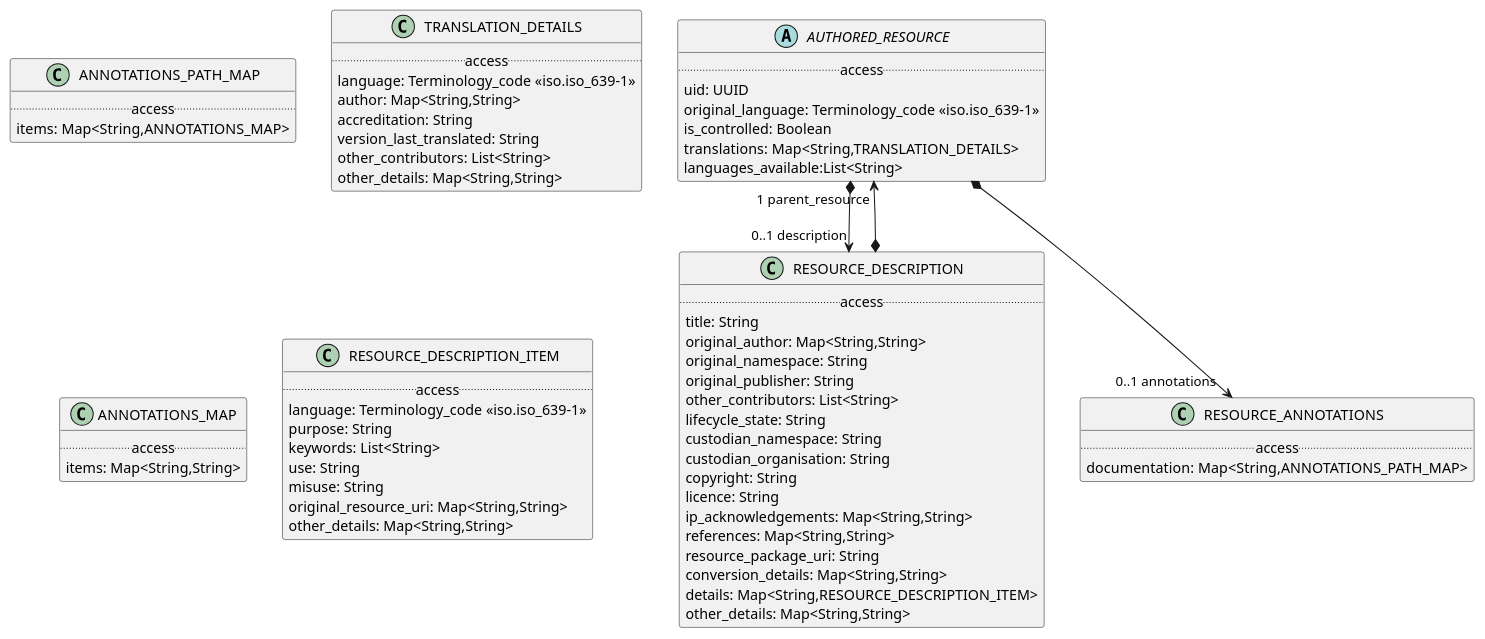
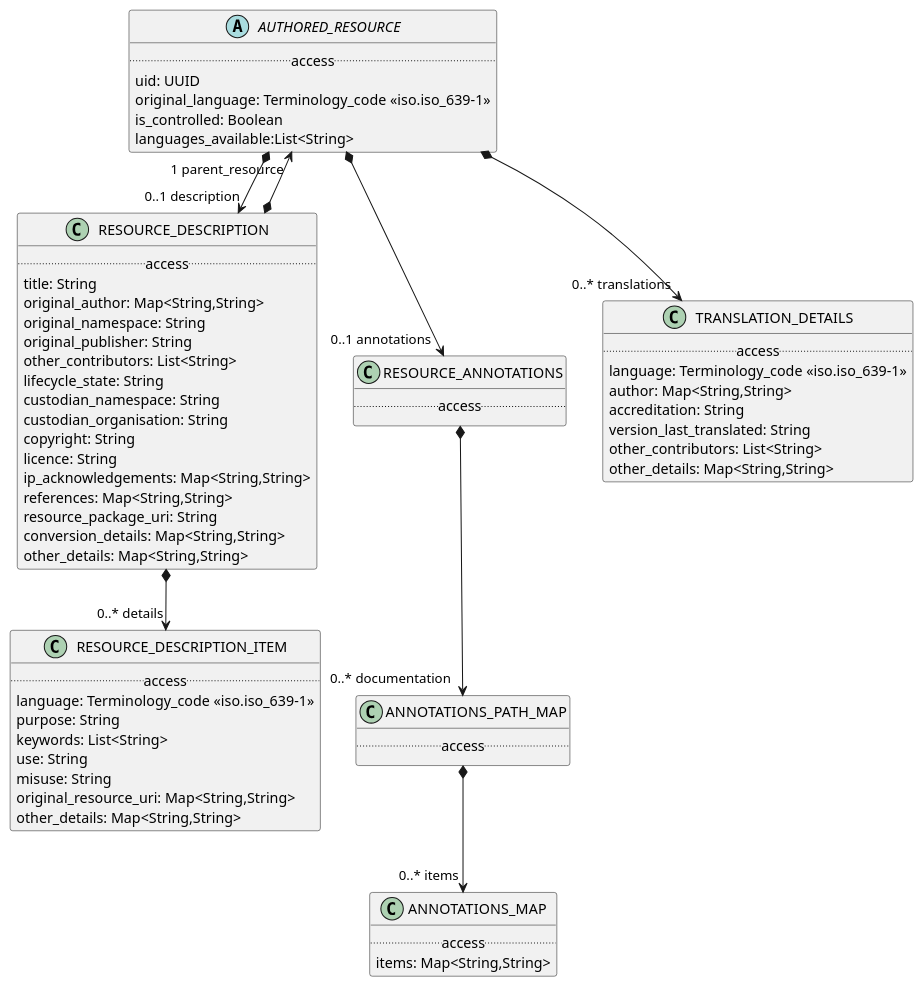
Before and after one commit to wolandscat/openehr-doc: the diagram in modules/ROOT/examples/bmm/infostructure/resource/resource-package-uml.adoc, drawn with PlantUML. The commit also changed 26 other files, not shown here.

```diff
--- a/modules/ROOT/examples/bmm/infostructure/resource/resource-package-uml.adoc
+++ b/modules/ROOT/examples/bmm/infostructure/resource/resource-package-uml.adoc
@@ -8,16 +8,16 @@
 
 class ANNOTATIONS_PATH_MAP [[/openehr-doc/latest/infostructure/resource-gen.html#_class_annotations_path_map]] {
         .. access ..
-        items: Map<String,ANNOTATIONS_MAP>
 }
 
+
+ANNOTATIONS_PATH_MAP *--> "0..* items" ANNOTATIONS_MAP
 
 abstract class AUTHORED_RESOURCE [[/openehr-doc/latest/infostructure/resource-gen.html#_class_authored_resource]] {
         .. access ..
         uid: UUID
         original_language: Terminology_code «iso.iso_639-1»
         is_controlled: Boolean
-        translations: Map<String,TRANSLATION_DETAILS>
         languages_available:List<String>
 }
 
@@ -25,6 +25,8 @@
 AUTHORED_RESOURCE *--> "0..1 description" RESOURCE_DESCRIPTION
 
 AUTHORED_RESOURCE *--> "0..1 annotations" RESOURCE_ANNOTATIONS
+
+AUTHORED_RESOURCE *--> "0..* translations" TRANSLATION_DETAILS
 
 class TRANSLATION_DETAILS [[/openehr-doc/latest/infostructure/resource-gen.html#_class_translation_details]] {
         .. access ..
@@ -53,12 +55,13 @@
         references: Map<String,String>
         resource_package_uri: String
         conversion_details: Map<String,String>
-        details: Map<String,RESOURCE_DESCRIPTION_ITEM>
         other_details: Map<String,String>
 }
 
 
 RESOURCE_DESCRIPTION *--> "1 parent_resource" AUTHORED_RESOURCE
+
+RESOURCE_DESCRIPTION *--> "0..* details" RESOURCE_DESCRIPTION_ITEM
 
 class ANNOTATIONS_MAP [[/openehr-doc/latest/infostructure/resource-gen.html#_class_annotations_map]] {
         .. access ..
@@ -68,9 +71,10 @@
 
 class RESOURCE_ANNOTATIONS [[/openehr-doc/latest/infostructure/resource-gen.html#_class_resource_annotations]] {
         .. access ..
-        documentation: Map<String,ANNOTATIONS_PATH_MAP>
 }
 
+
+RESOURCE_ANNOTATIONS *--> "0..* documentation" ANNOTATIONS_PATH_MAP
 
 class RESOURCE_DESCRIPTION_ITEM [[/openehr-doc/latest/infostructure/resource-gen.html#_class_resource_description_item]] {
         .. access ..
```
